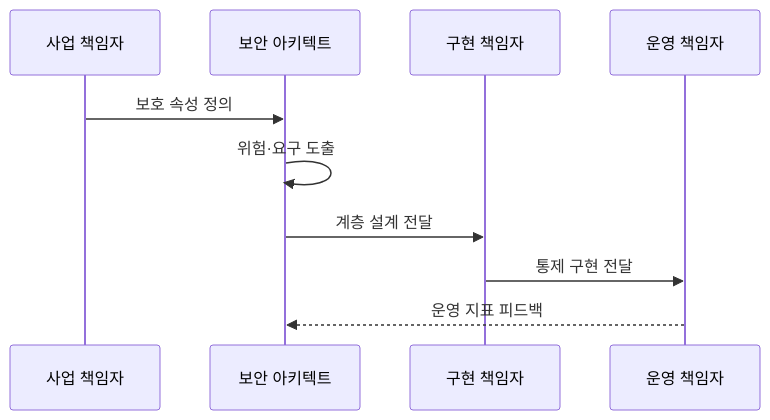
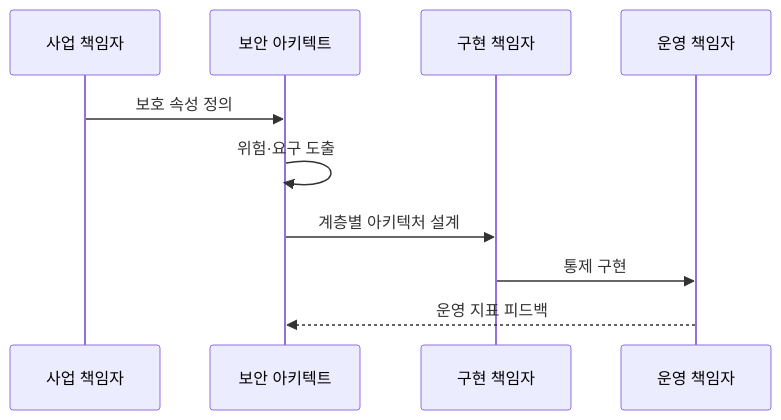
The second of 2 diagrams in src/content/docs/notes/05-security/139_sabsa_security_architecture.md (agnusdei1207/knowledge-base), drawn with Mermaid before and after one commit. The commit also changed other lines of this file and 10 other files, not shown here.

````diff
--- a/src/content/docs/notes/05-security/139_sabsa_security_architecture.md
+++ b/src/content/docs/notes/05-security/139_sabsa_security_architecture.md
@@ -85,12 +85,12 @@
 ```mermaid
 sequenceDiagram
     participant B as 사업 책임자
     participant A as 보안 아키텍트
     participant I as 구현 책임자
     participant O as 운영 책임자
     B->>A: 보호 속성 정의
     A->>A: 위험·요구 도출
-    A->>I: 계층 설계 전달
-    I->>O: 통제 구현 전달
+    A->>I: 계층별 아키텍처 설계
+    I->>O: 통제 구현
     O-->>A: 운영 지표 피드백
 ```
````
